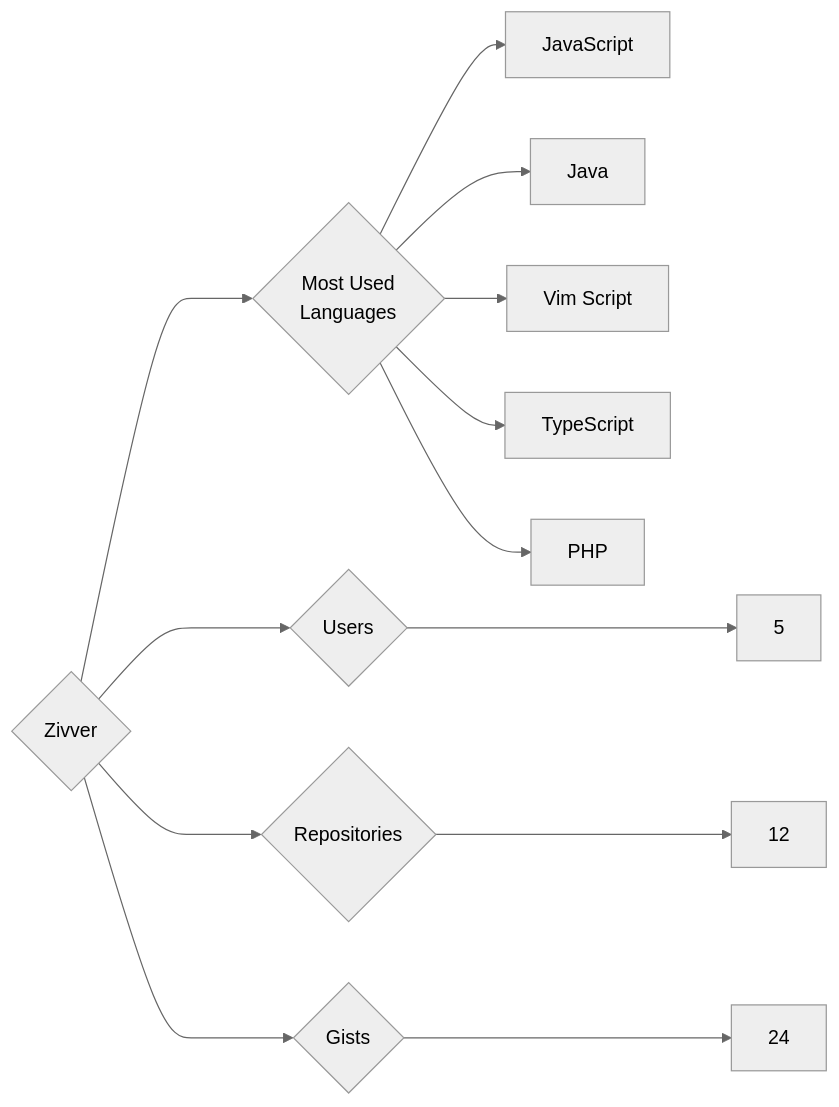
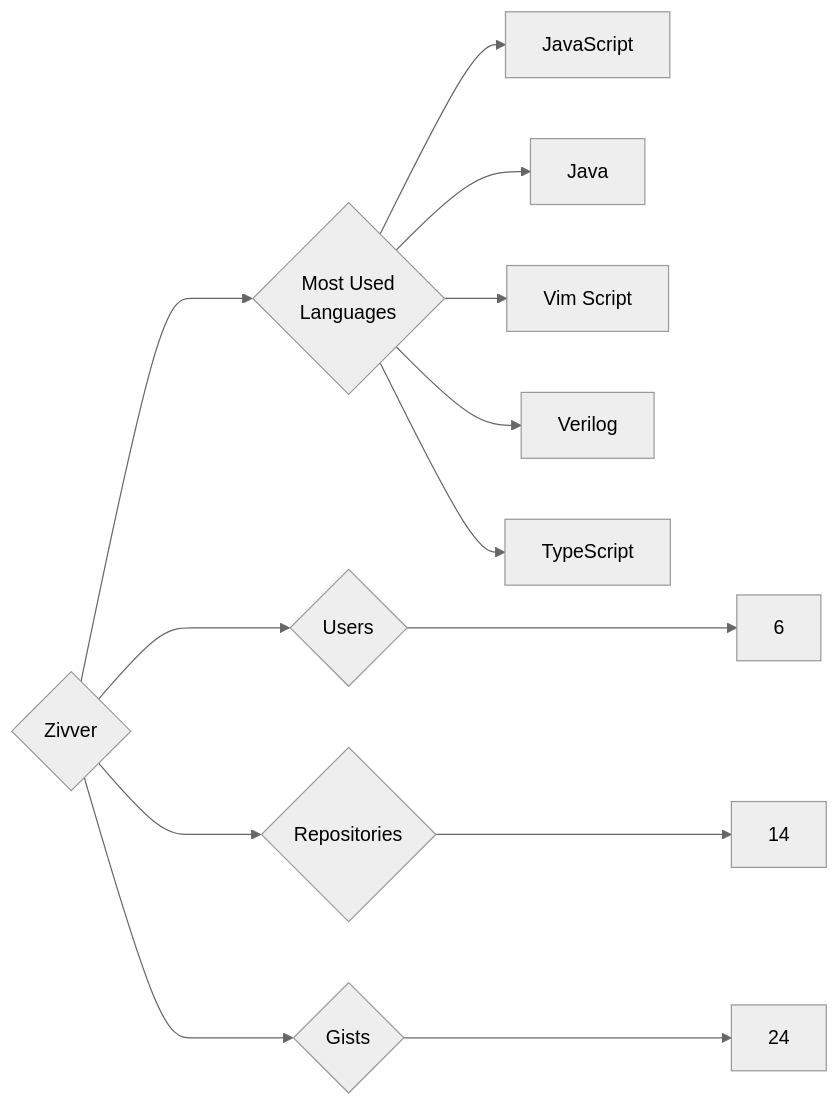
One commit to trickest/insiders changed the diagram in targets/Zivver/README.md. Above: the diagram before and after it, drawn with Mermaid (neutral theme). The commit also changed 1389 other files, not shown here.

````diff
--- a/targets/Zivver/README.md
+++ b/targets/Zivver/README.md
@@ -3,13 +3,13 @@
 ```mermaid
 graph LR
 COMPANY_NAME{Zivver}
-COMPANY_NAME ---> U{Users} ---> UN[5]
-COMPANY_NAME ---> R{Repositories} ---> RN[12]
+COMPANY_NAME ---> U{Users} ---> UN[6]
+COMPANY_NAME ---> R{Repositories} ---> RN[14]
 COMPANY_NAME ---> G{Gists} ---> GN[24]
 COMPANY_NAME ---> ML{Most Used<br>Languages}
 ML --> JavaScript[JavaScript]
 ML --> Java[Java]
 ML --> Vim_Script[Vim Script]
+ML --> Verilog[Verilog]
 ML --> TypeScript[TypeScript]
-ML --> PHP[PHP]
 ```
````
